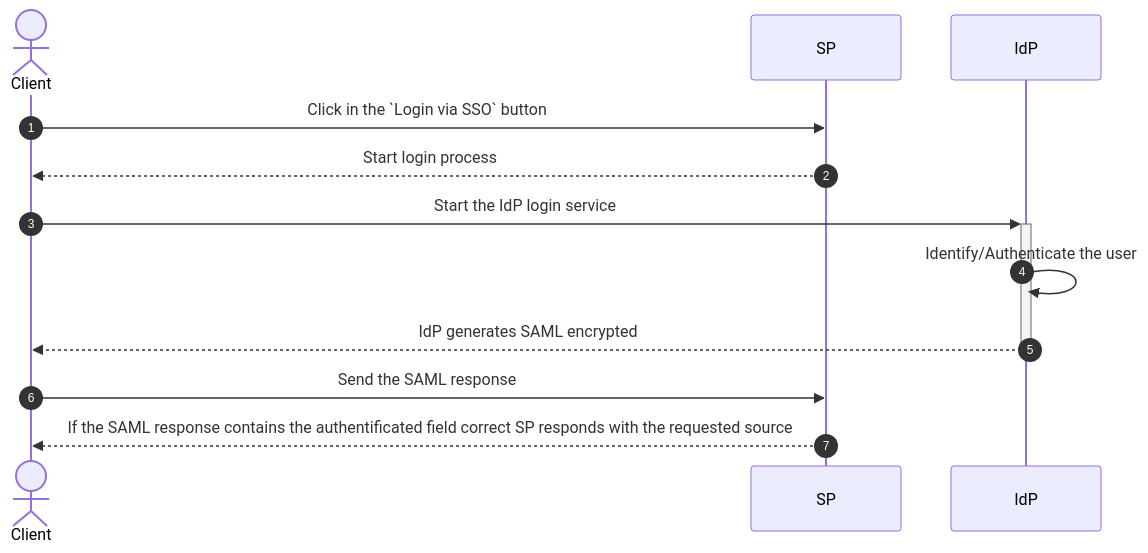
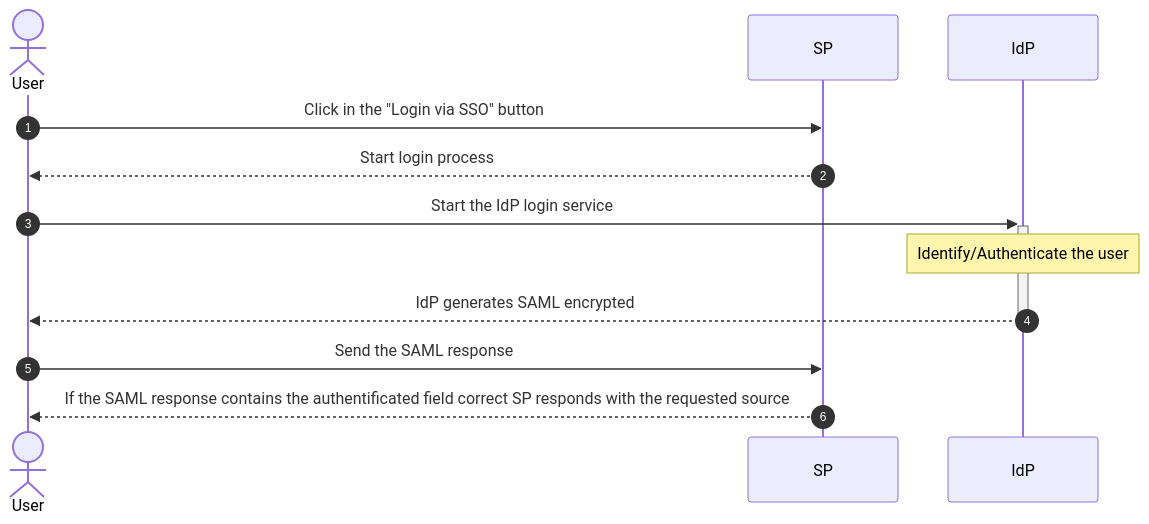
Before and after one commit to redBorder/redborder-documentation: the diagram in docs/guides/integrations/sso.md, drawn with Mermaid. The commit also changed other lines of this file and 1 other file, not shown here.

````diff
--- a/docs/guides/integrations/sso.md
+++ b/docs/guides/integrations/sso.md
@@ -11,12 +11,12 @@
 ```mermaid
 sequenceDiagram
     autonumber
-    actor Client
-    Client->>SP: Click in the `Login via SSO` button
-    SP-->>Client: Start login process
-    Client->>+IdP: Start the IdP login service
-    IdP->>IdP: Identify/Authenticate the user
-    IdP-->>-Client: IdP generates SAML encrypted 
-    Client->>SP: Send the SAML response
-    SP-->>Client: If the SAML response contains the authentificated field correct SP responds with the requested source
+    actor User
+    User->>SP: Click in the "Login via SSO" button
+    SP-->>User: Start login process
+    User->>+IdP: Start the IdP login service
+    note over IdP: Identify/Authenticate the user
+    IdP-->>-User: IdP generates SAML encrypted 
+    User->>SP: Send the SAML response
+    SP-->>User: If the SAML response contains the authentificated field correct SP responds with the requested source
 ```
````
